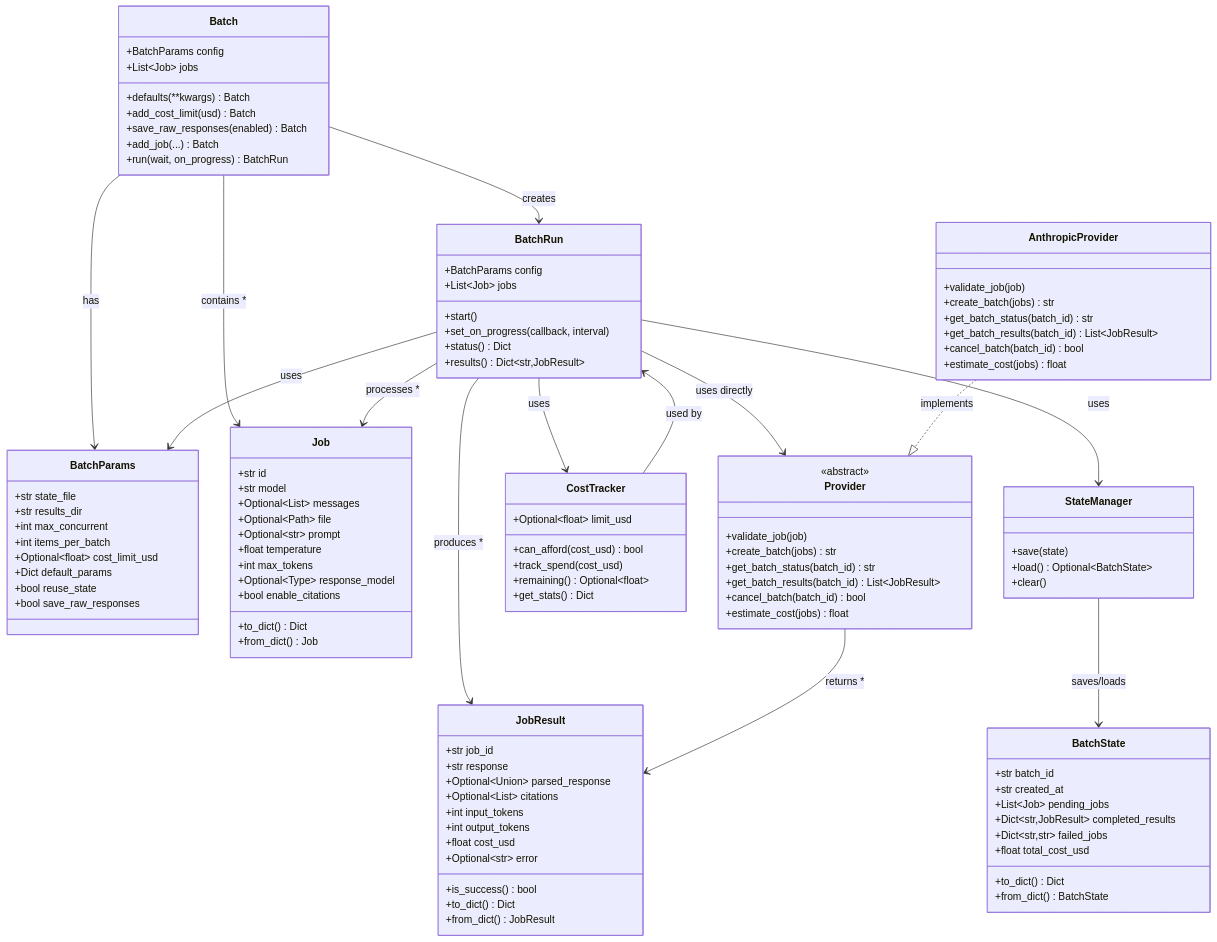
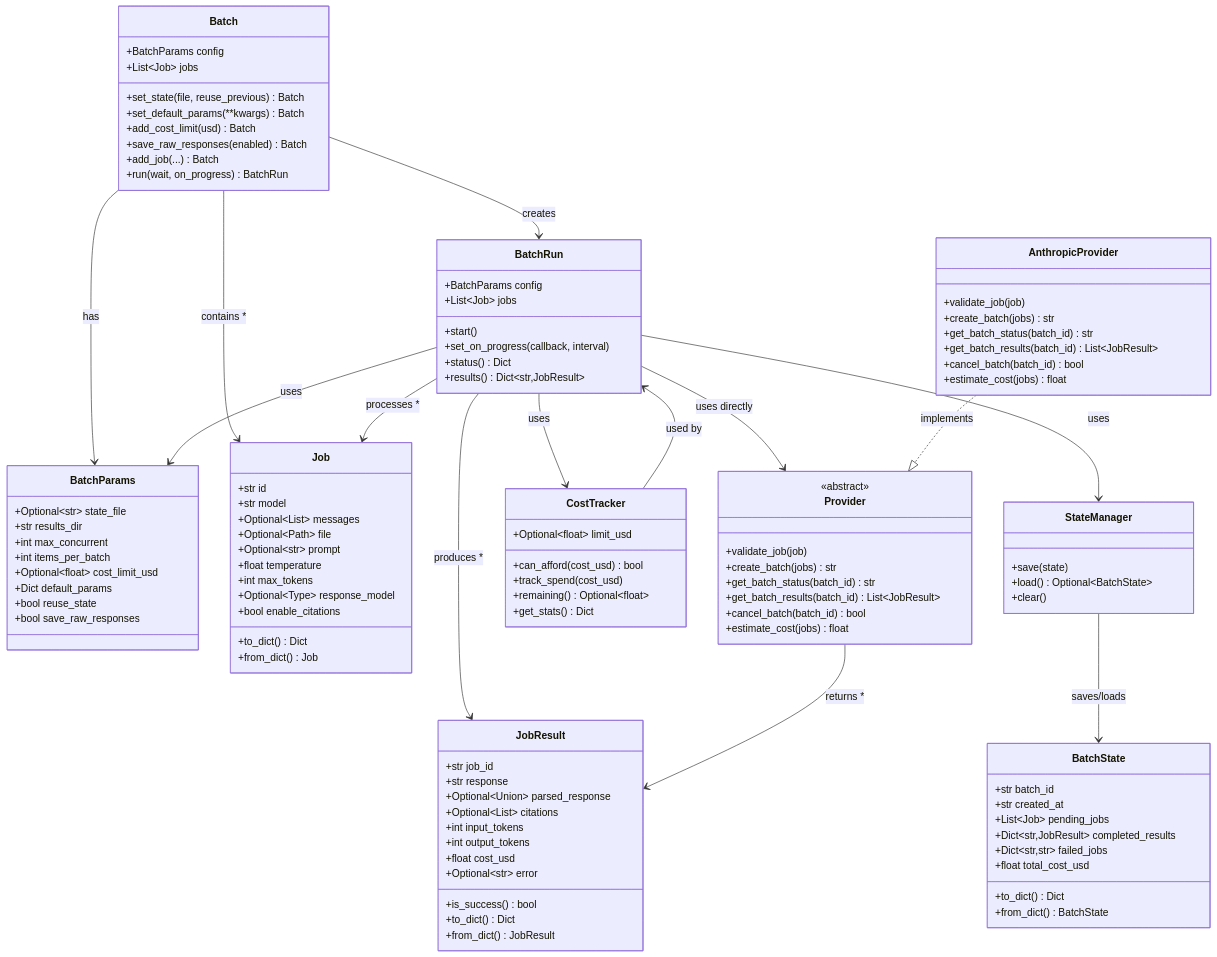
One commit to agamm/batchata changed the diagram in development.md. Above: the diagram before and after it, drawn with Mermaid. The commit also changed 14 other files, not shown here.

```diff
--- a/development.md
+++ b/development.md
@@ -7,7 +7,8 @@
     class Batch {
         +BatchParams config
         +List~Job~ jobs
-        +defaults(**kwargs) Batch
+        +set_state(file, reuse_previous) Batch
+        +set_default_params(**kwargs) Batch
         +add_cost_limit(usd) Batch
         +save_raw_responses(enabled) Batch
         +add_job(...) Batch
@@ -15,7 +16,7 @@
     }
     
     class BatchParams {
-        +str state_file
+        +Optional~str~ state_file
         +str results_dir
         +int max_concurrent
         +int items_per_batch
```
